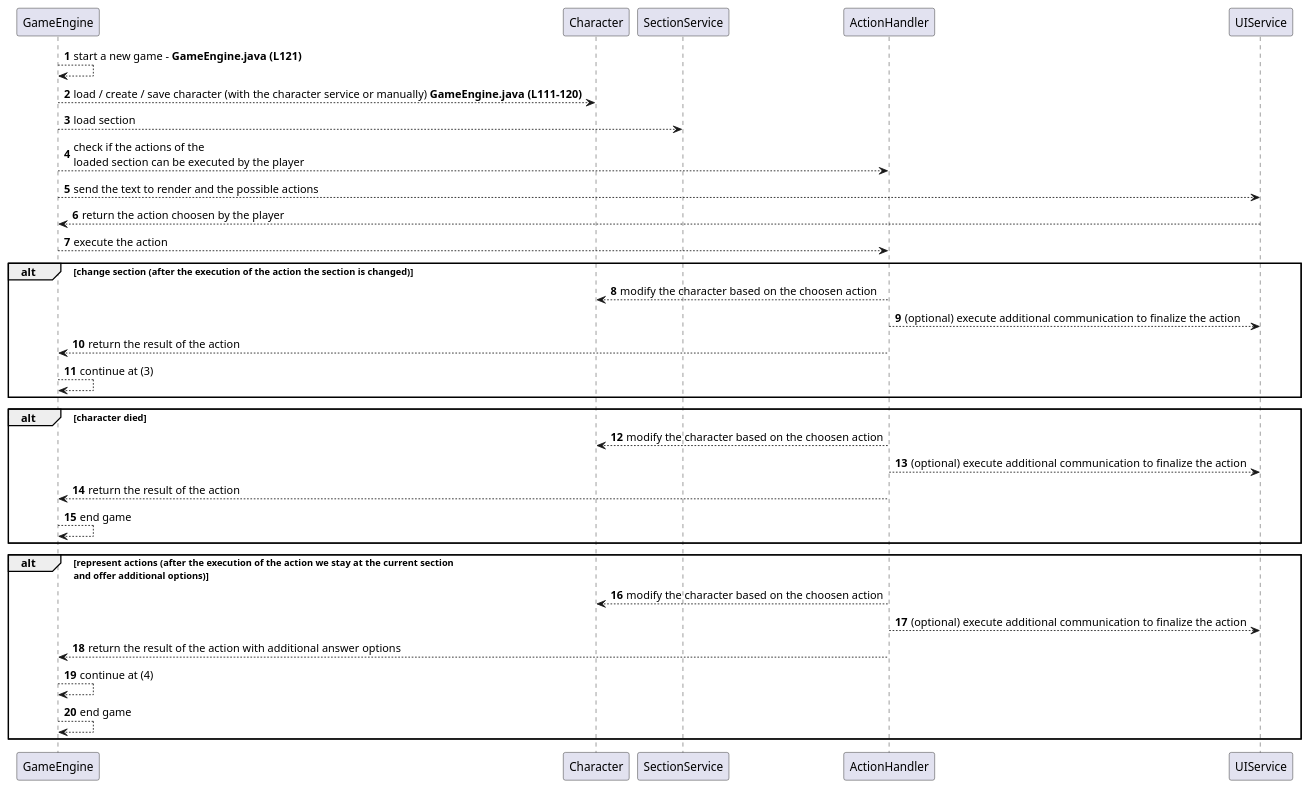
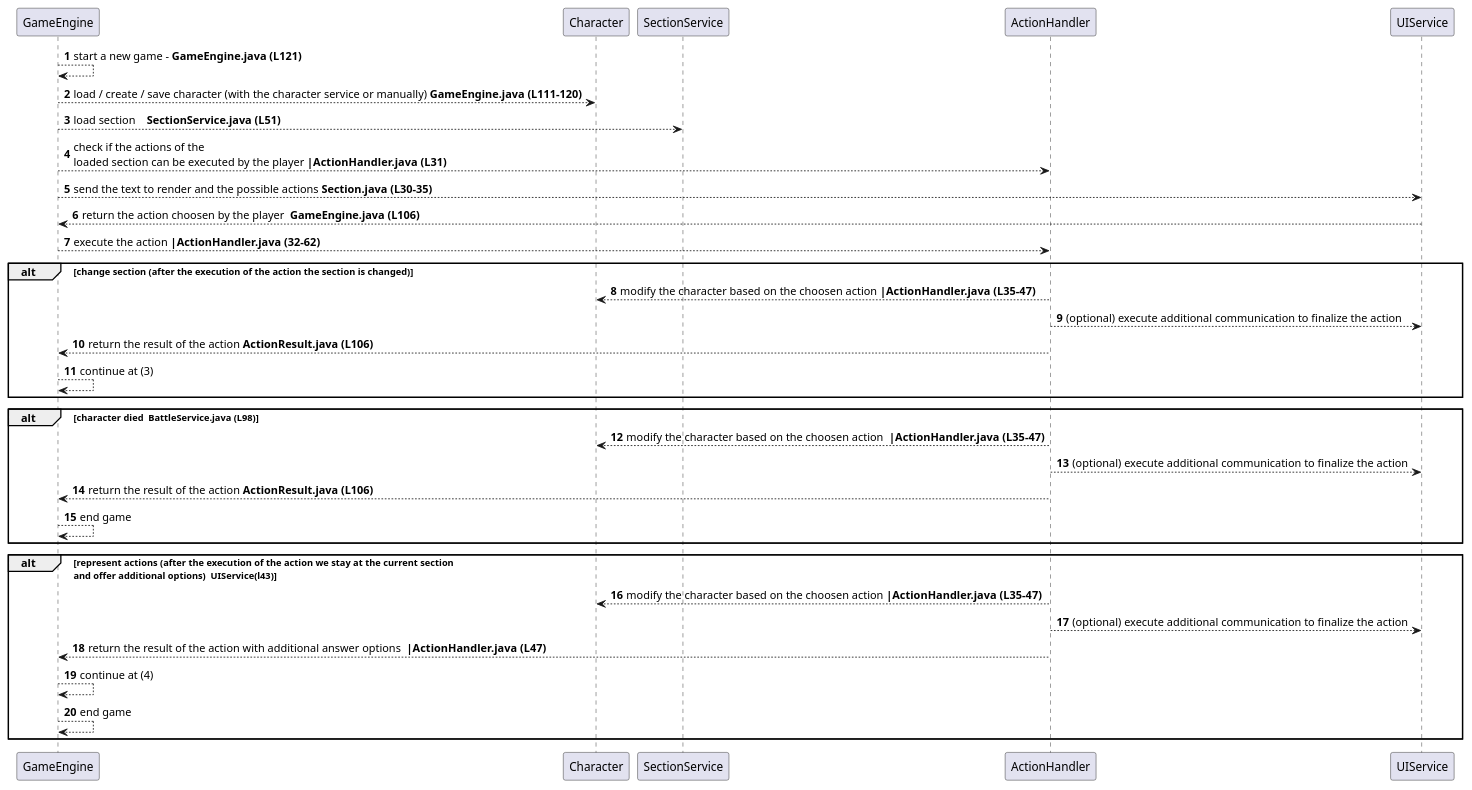
The diagram in engine/src/main/java/net/atos/wolf/flow.puml (Ventar/EinsamerWolfGame), drawn with PlantUML before and after one commit. The commit also changed 20 other files, not shown here.

```diff
--- a/engine/src/main/java/net/atos/wolf/flow.puml
+++ b/engine/src/main/java/net/atos/wolf/flow.puml
@@ -1,30 +1,30 @@
 @startuml
 autonumber
 GameEngine --> GameEngine: start a new game - <b>GameEngine.java (L121)</b>
 GameEngine --> Character: load / create / save character (with the character service or manually) <b>GameEngine.java (L111-120)</b>
-GameEngine --> SectionService: load section
-GameEngine --> ActionHandler: check if the actions of the\nloaded section can be executed by the player
-GameEngine --> UIService: send the text to render and the possible actions
-UIService --> GameEngine: return the action choosen by the player
-GameEngine --> ActionHandler: execute the action
+GameEngine --> SectionService: load section    <b>SectionService.java (L51)
+GameEngine --> ActionHandler: check if the actions of the\nloaded section can be executed by the player <b>|ActionHandler.java (L31)
+GameEngine --> UIService: send the text to render and the possible actions <b>Section.java (L30-35)
+UIService --> GameEngine: return the action choosen by the player  <b>GameEngine.java (L106)
+GameEngine --> ActionHandler: execute the action <b>|ActionHandler.java (32-62)
 alt change section (after the execution of the action the section is changed)
-ActionHandler --> Character: modify the character based on the choosen action
+ActionHandler --> Character: modify the character based on the choosen action <b>|ActionHandler.java (L35-47)
 ActionHandler --> UIService: (optional) execute additional communication to finalize the action
-ActionHandler --> GameEngine: return the result of the action
+ActionHandler --> GameEngine: return the result of the action <b>ActionResult.java (L106)
 GameEngine --> GameEngine: continue at (3)
 end
-alt character died
-ActionHandler --> Character: modify the character based on the choosen action
+alt character died <b> BattleService.java (L98)
+ActionHandler --> Character: modify the character based on the choosen action  <b>|ActionHandler.java (L35-47)
 ActionHandler --> UIService: (optional) execute additional communication to finalize the action
-ActionHandler --> GameEngine: return the result of the action
+ActionHandler --> GameEngine: return the result of the action <b>ActionResult.java (L106)
 GameEngine --> GameEngine: end game
 end
-alt represent actions (after the execution of the action we stay at the current section\nand offer additional options)
-ActionHandler --> Character: modify the character based on the choosen action
+alt represent actions (after the execution of the action we stay at the current section\nand offer additional options) <b> UIService(l43)
+ActionHandler --> Character: modify the character based on the choosen action <b>|ActionHandler.java (L35-47)
 ActionHandler --> UIService: (optional) execute additional communication to finalize the action
-ActionHandler --> GameEngine: return the result of the action with additional answer options
+ActionHandler --> GameEngine: return the result of the action with additional answer options  <b>|ActionHandler.java (L47)
 GameEngine --> GameEngine: continue at (4)
 GameEngine --> GameEngine: end game
 end
 
 @enduml
```
